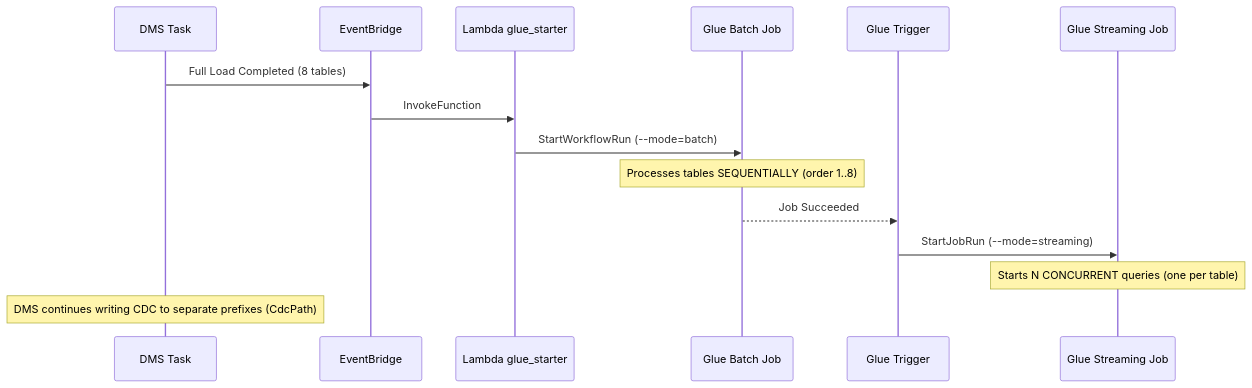
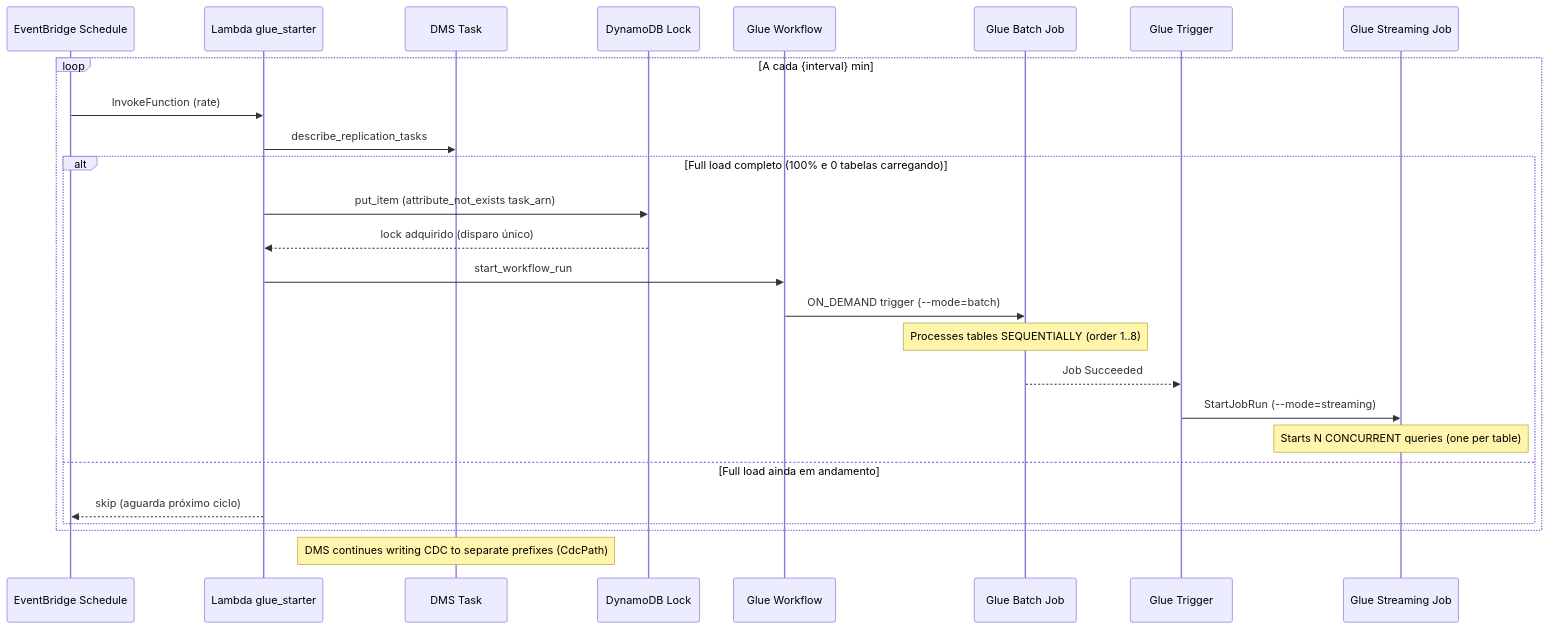
One commit to jamilvilela/aws-streaming-flight-radar-glue changed the second of 2 diagrams in docs-sdd/plan.md. Above: the diagram before and after it, drawn with Mermaid. The commit also changed other lines of this file and 18 other files, not shown here.

First line of the commit message:
feat: refactor Glue workflow trigger to use EventBridge schedule and add DynamoDB lock

````diff
--- a/docs-sdd/plan.md
+++ b/docs-sdd/plan.md
@@ -278,18 +282,29 @@
 ```mermaid
 sequenceDiagram
+    participant SCHED as EventBridge Schedule
+    participant Lambda as Lambda glue_starter
     participant DMS as DMS Task
-    participant EB as EventBridge
-    participant Lambda as Lambda glue_starter
+    participant LOCK as DynamoDB Lock
+    participant WF as Glue Workflow
     participant Batch as Glue Batch Job
     participant Trigger as Glue Trigger
     participant Stream as Glue Streaming Job
 
-    DMS->>EB: Full Load Completed (8 tables)
-    EB->>Lambda: InvokeFunction
-    Lambda->>Batch: StartWorkflowRun (--mode=batch)
-    Note over Batch: Processes tables SEQUENTIALLY (order 1..8)
-    Batch-->>Trigger: Job Succeeded
-    Trigger->>Stream: StartJobRun (--mode=streaming)
-    Note over Stream: Starts N CONCURRENT queries (one per table)
+    loop A cada {interval} min
+        SCHED->>Lambda: InvokeFunction (rate)
+        Lambda->>DMS: describe_replication_tasks
+        alt Full load completo (100% e 0 tabelas carregando)
+            Lambda->>LOCK: put_item (attribute_not_exists task_arn)
+            LOCK-->>Lambda: lock adquirido (disparo único)
+            Lambda->>WF: start_workflow_run
+            WF->>Batch: ON_DEMAND trigger (--mode=batch)
+            Note over Batch: Processes tables SEQUENTIALLY (order 1..8)
+            Batch-->>Trigger: Job Succeeded
+            Trigger->>Stream: StartJobRun (--mode=streaming)
+            Note over Stream: Starts N CONCURRENT queries (one per table)
+        else Full load ainda em andamento
+            Lambda-->>SCHED: skip (aguarda próximo ciclo)
+        end
+    end
     Note over DMS: DMS continues writing CDC to separate prefixes (CdcPath)
 ```
````
